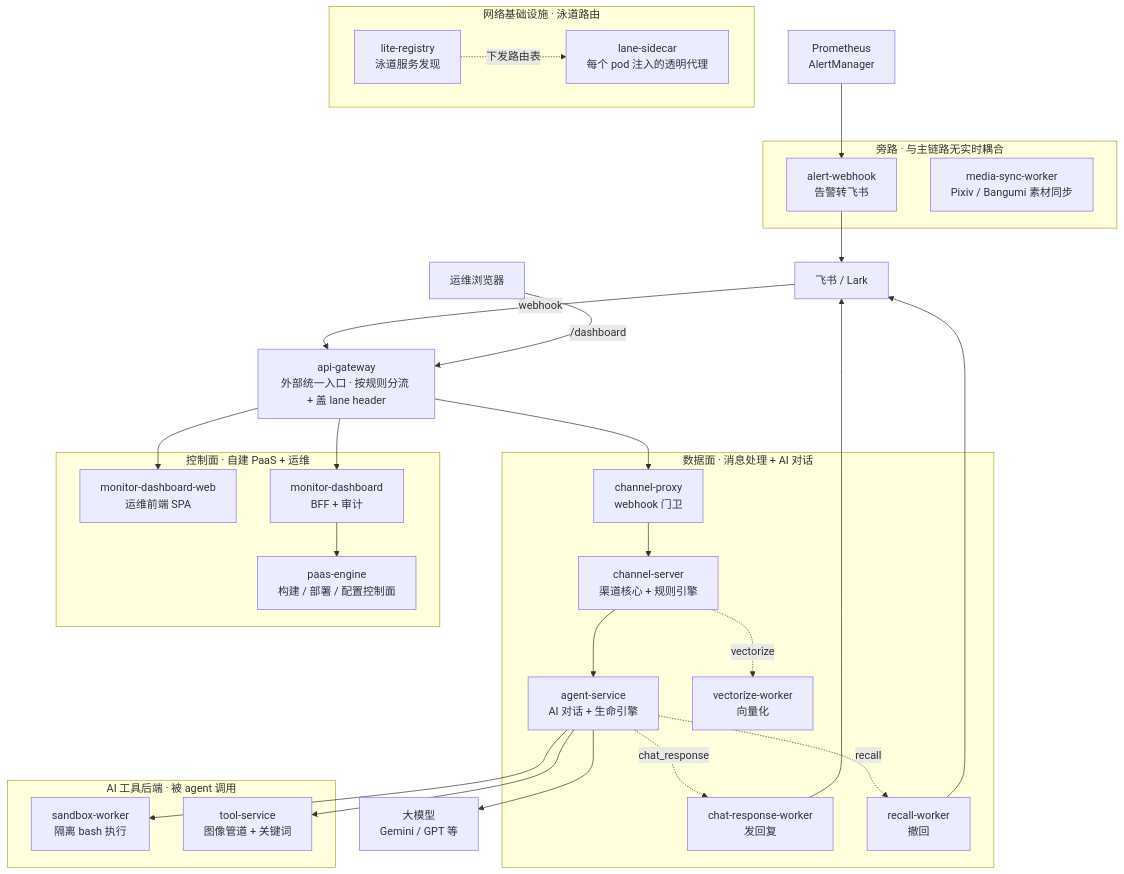
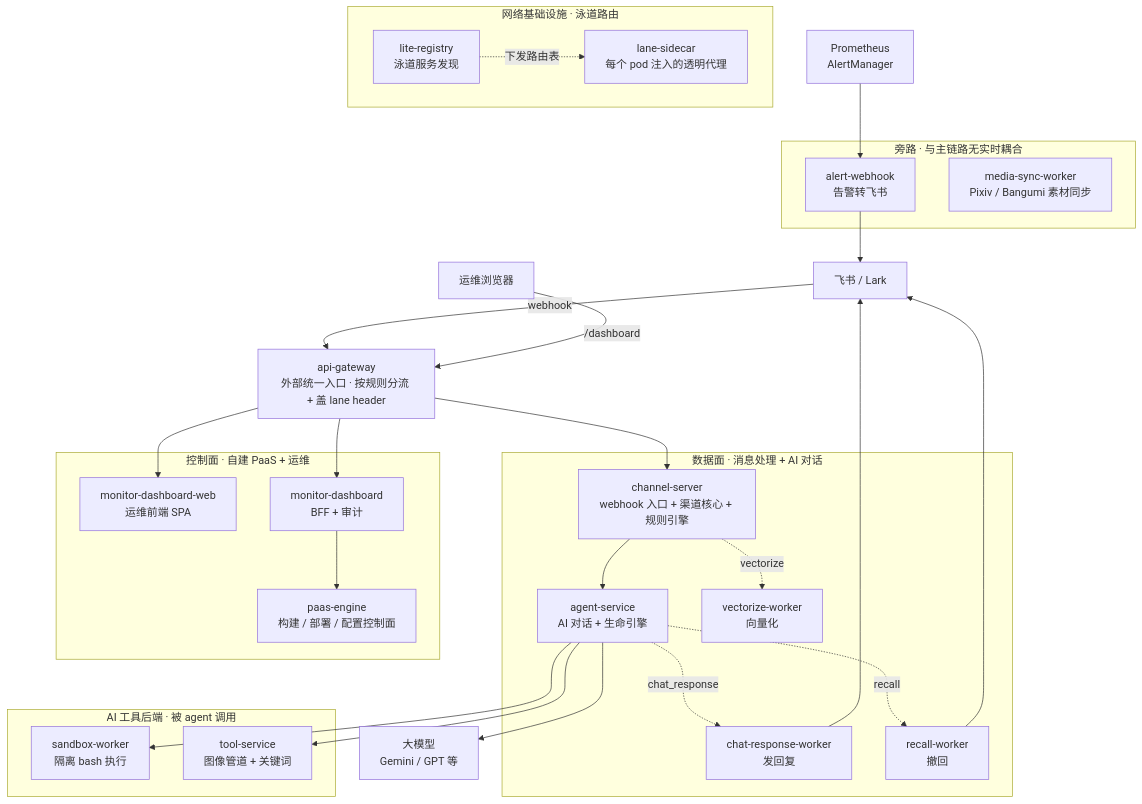
The first of 5 diagrams in docs/service-topology.md (bezhai/chiwei-platform), drawn with Mermaid before and after one commit. The commit also changed other lines of this file and 211 other files, not shown here.

````diff
--- a/docs/service-topology.md
+++ b/docs/service-topology.md
@@ -28,53 +28,52 @@
 ```mermaid
 flowchart TB
     Feishu["飞书 / Lark"]
     Browser["运维浏览器"]
     Prom["Prometheus<br/>AlertManager"]
     LLM["大模型<br/>Gemini / GPT 等"]
 
     GW["api-gateway<br/>外部统一入口 · 按规则分流 + 盖 lane header"]
 
     subgraph data["数据面 · 消息处理 + AI 对话"]
-        CP["channel-proxy<br/>webhook 门卫"]
-        CS["channel-server<br/>渠道核心 + 规则引擎"]
+        CS["channel-server<br/>webhook 入口 + 渠道核心 + 规则引擎"]
         AS["agent-service<br/>AI 对话 + 生命引擎"]
         CRW["chat-response-worker<br/>发回复"]
         RW["recall-worker<br/>撤回"]
         VW["vectorize-worker<br/>向量化"]
     end
 
     subgraph tools["AI 工具后端 · 被 agent 调用"]
         SB["sandbox-worker<br/>隔离 bash 执行"]
         TS["tool-service<br/>图像管道 + 关键词"]
     end
 
     subgraph ctrl["控制面 · 自建 PaaS + 运维"]
         DW["monitor-dashboard-web<br/>运维前端 SPA"]
         DB["monitor-dashboard<br/>BFF + 审计"]
         PE["paas-engine<br/>构建 / 部署 / 配置控制面"]
     end
 
     subgraph net["网络基础设施 · 泳道路由"]
         REG["lite-registry<br/>泳道服务发现"]
         LS["lane-sidecar<br/>每个 pod 注入的透明代理"]
     end
 
     subgraph aside["旁路 · 与主链路无实时耦合"]
         AW["alert-webhook<br/>告警转飞书"]
         MS["media-sync-worker<br/>Pixiv / Bangumi 素材同步"]
     end
 
     Feishu -->|webhook| GW
     Browser -->|/dashboard| GW
-    GW --> CP --> CS --> AS
+    GW --> CS --> AS
     GW --> DW
     GW --> DB --> PE
     AS -. chat_response .-> CRW --> Feishu
     AS -. recall .-> RW --> Feishu
     CS -. vectorize .-> VW
     AS --> SB
     AS --> TS
     AS --> LLM
     Prom --> AW --> Feishu
     REG -. 下发路由表 .-> LS
 ```
````
